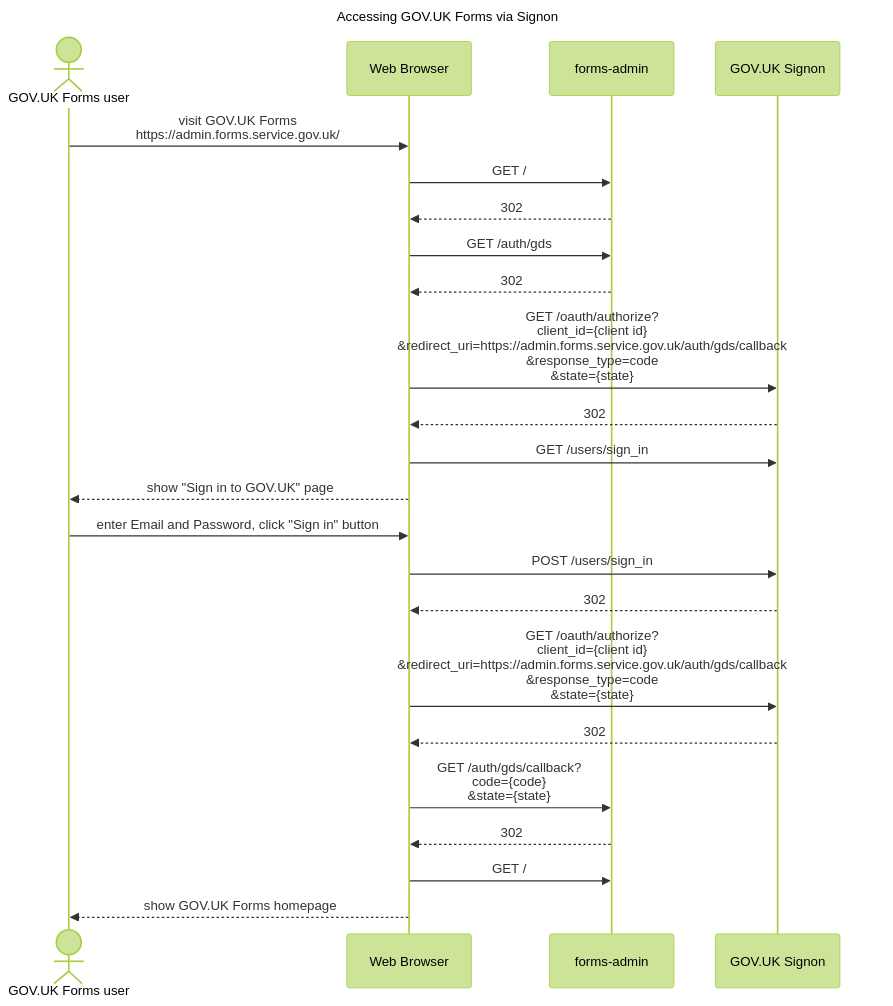
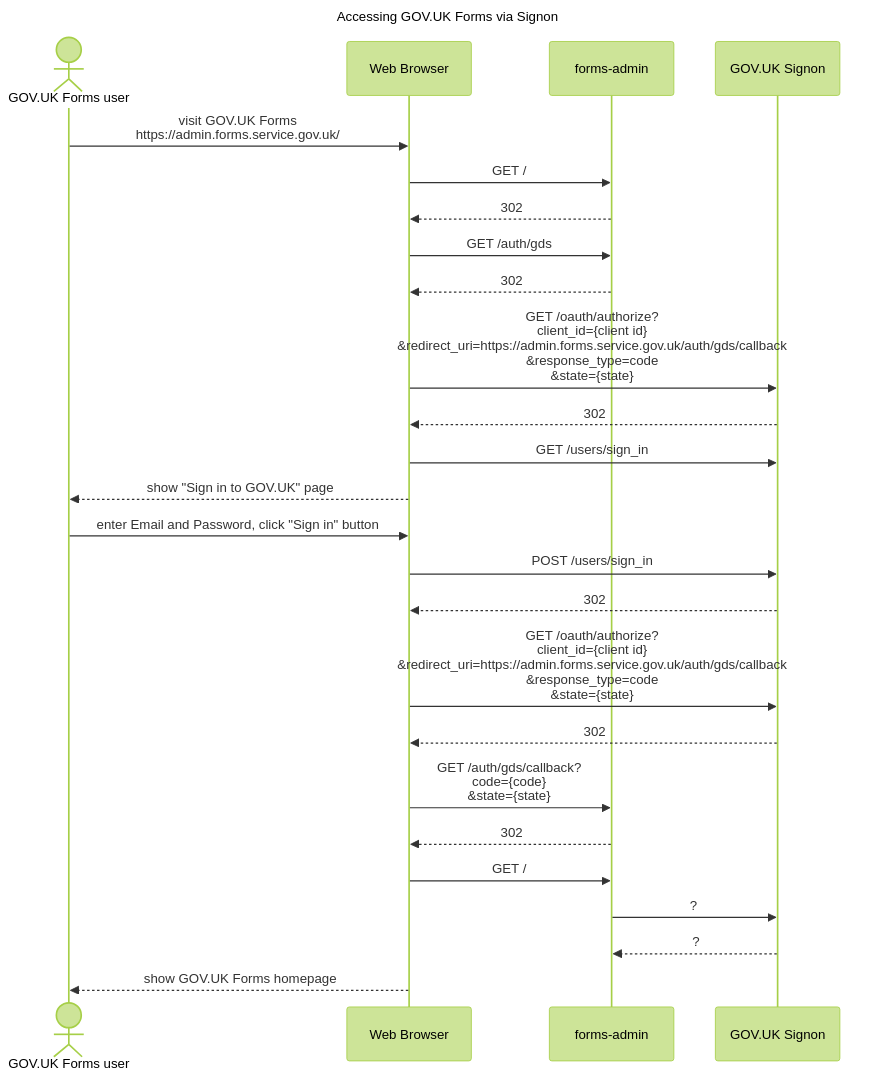
Before and after one commit to alphagov/forms: the second of 2 diagrams in diagrams/sequence-diagrams/authentication.md, drawn with Mermaid (forest theme).

Commit message:
Placeholder for unknown admin to Signon interaction

````diff
--- a/diagrams/sequence-diagrams/authentication.md
+++ b/diagrams/sequence-diagrams/authentication.md
@@ -35,30 +35,34 @@
 ```mermaid
 sequenceDiagram
   title Accessing GOV.UK Forms via Signon
   actor user as GOV.UK Forms user
   participant browser as Web Browser
   participant admin as forms-admin
   link admin: GitHub repo @ https://github.com/alphagov/forms-admin
   participant signon as GOV.UK Signon
   link signon: signon Developer docs @ https://docs.publishing.service.gov.uk/repos/signon.html
 
   user->>browser: visit GOV.UK Forms<br />https://admin.forms.service.gov.uk/
   browser->>admin: GET /
   admin-->>browser: 302
   browser->>admin: GET /auth/gds
   admin-->>browser: 302
   browser->>signon: GET /oauth/authorize?<br />client_id={client id}<br />&redirect_uri=https://admin.forms.service.gov.uk/auth/gds/callback<br />&response_type=code<br />&state={state}
   signon-->>browser: 302
   browser->>signon: GET /users/sign_in
   browser-->>user: show "Sign in to GOV.UK" page
 
   user->>browser: enter Email and Password, click "Sign in" button
   browser->>signon: POST /users/sign_in
   signon-->>browser: 302
   browser->>signon: GET /oauth/authorize?<br />client_id={client id}<br />&redirect_uri=https://admin.forms.service.gov.uk/auth/gds/callback<br />&response_type=code<br />&state={state}
   signon-->>browser: 302
   browser->>admin: GET /auth/gds/callback?<br />code={code}<br />&state={state}
   admin-->>browser: 302
   browser->>admin: GET /
+
+  admin->>signon: ?
+  signon-->>admin: ?
+
   browser-->>user: show GOV.UK Forms homepage
 ```
````
